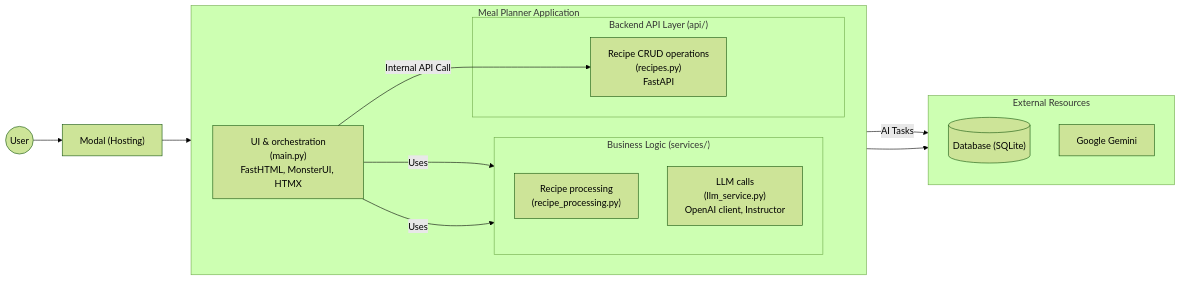
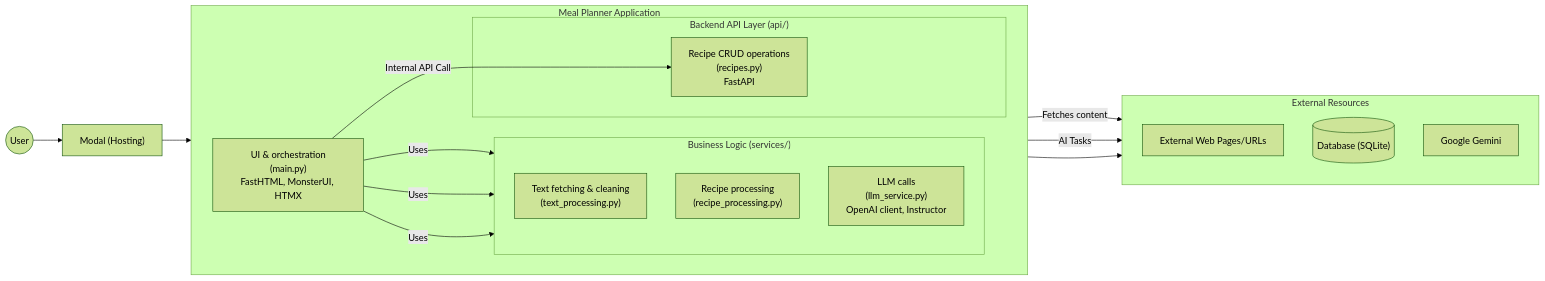
Before and after one commit to gsganden/meal_planner: the diagram in README.md, drawn with Mermaid (forest theme).

Commit message:
Update diagram

````diff
--- a/README.md
+++ b/README.md
@@ -12,37 +12,41 @@
 ```mermaid
 graph LR
     User(("User"))
 
     Modal["Modal (Hosting)"]
 
     subgraph "Meal Planner Application"
         direction LR
         UI_Layer["UI & orchestration<br/>(main.py)<br/>FastHTML, MonsterUI, HTMX"]
 
         subgraph "Business Logic (services/)"
             direction TB
+            Text_Processing_Service["Text fetching & cleaning<br/>(text_processing.py)"]
             Recipe_Processing_Service["Recipe processing<br/>(recipe_processing.py)"]
             LLM_Service["LLM calls<br/>(llm_service.py)<br/> OpenAI client, Instructor"]
         end
 
         subgraph "Backend API Layer (api/)"
             API_Layer["Recipe CRUD operations<br/>(recipes.py)<br/>FastAPI"]
         end
 
+        UI_Layer -- "Uses" --> Text_Processing_Service
         UI_Layer -- "Uses" --> Recipe_Processing_Service
         UI_Layer -- "Uses" --> LLM_Service
         UI_Layer -- "Internal API Call" --> API_Layer
     end
 
     subgraph "External Resources"
         direction TB
+        External_Web_Pages["External Web Pages/URLs"]
         Database[("Database (SQLite)")]
         Gemini_AI["Google Gemini"]
     end
 
     User --> Modal
     Modal --> UI_Layer
 
+    Text_Processing_Service -- "Fetches content" --> External_Web_Pages
     LLM_Service -- "AI Tasks" --> Gemini_AI
     API_Layer --> Database
 ```
````
